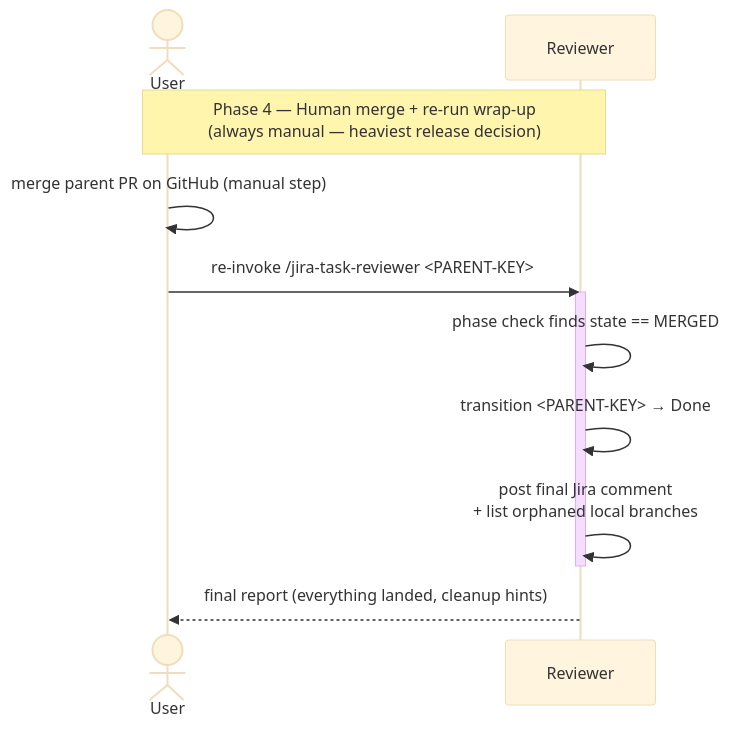
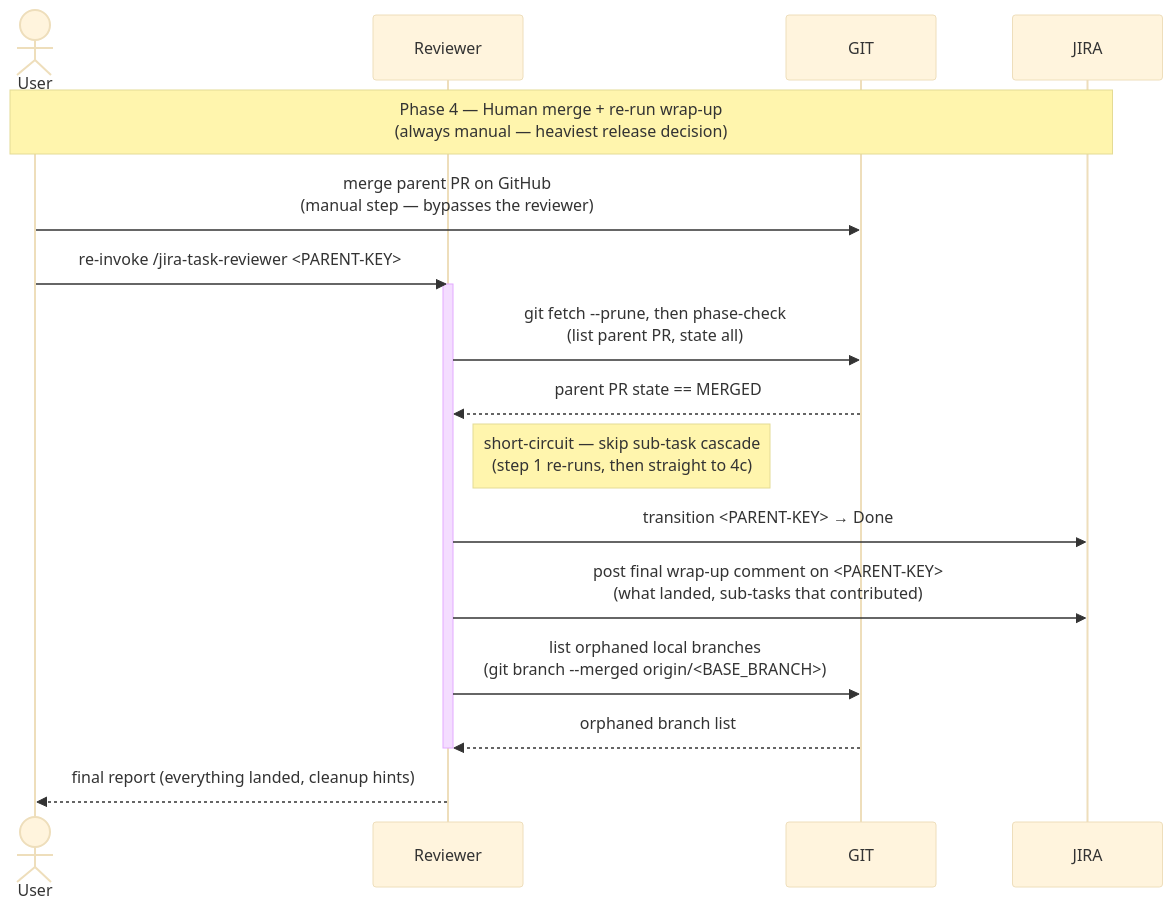
One commit to kantorv/jira-sdlc-tools changed the diagram in plugins/jira-sdlc/docs/TASK-LIFECYCLE-PHASE-4.md. Above: the diagram before and after it, drawn with Mermaid (base theme). The commit also changed other lines of this file and 5 other files, not shown here.

Commit message:
mermaid diagrams aligned with skills logic JST-24 #done

````diff
--- a/plugins/jira-sdlc/docs/TASK-LIFECYCLE-PHASE-4.md
+++ b/plugins/jira-sdlc/docs/TASK-LIFECYCLE-PHASE-4.md
@@ -11,17 +20,23 @@
 ```mermaid
 sequenceDiagram
     actor User
     participant Reviewer
+    participant GIT
+    participant JIRA
 
-    Note over User,Reviewer: Phase 4 — Human merge + re-run wrap-up<br/>(always manual — heaviest release decision)
-    User->>User: merge parent PR on GitHub (manual step)
+    Note over User,JIRA: Phase 4 — Human merge + re-run wrap-up<br/>(always manual — heaviest release decision)
+    User->>GIT: merge parent PR on GitHub<br/>(manual step — bypasses the reviewer)
     User->>Reviewer: re-invoke /jira-task-reviewer <PARENT-KEY>
 
     activate Reviewer
-    Reviewer->>Reviewer: phase check finds state == MERGED
-    Reviewer->>Reviewer: transition <PARENT-KEY> → Done
-    Reviewer->>Reviewer: post final Jira comment<br/>+ list orphaned local branches
+    Reviewer->>GIT: git fetch --prune, then phase-check<br/>(list parent PR, state all)
+    GIT-->>Reviewer: parent PR state == MERGED
+    Note right of Reviewer: short-circuit — skip sub-task cascade<br/>(step 1 re-runs, then straight to 4c)
+    Reviewer->>JIRA: transition <PARENT-KEY> → Done
+    Reviewer->>JIRA: post final wrap-up comment on <PARENT-KEY><br/>(what landed, sub-tasks that contributed)
+    Reviewer->>GIT: list orphaned local branches<br/>(git branch --merged origin/<BASE_BRANCH>)
+    GIT-->>Reviewer: orphaned branch list
     deactivate Reviewer
 
     Reviewer-->>User: final report (everything landed, cleanup hints)
 ```
````
